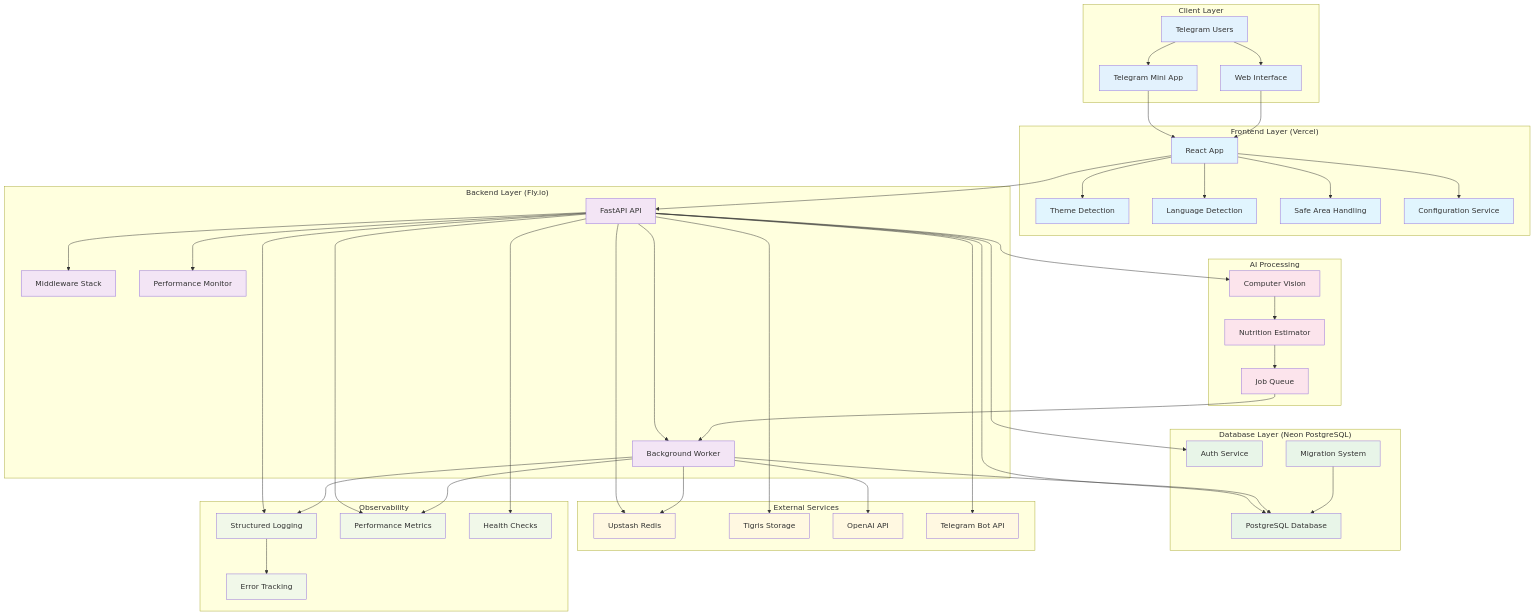
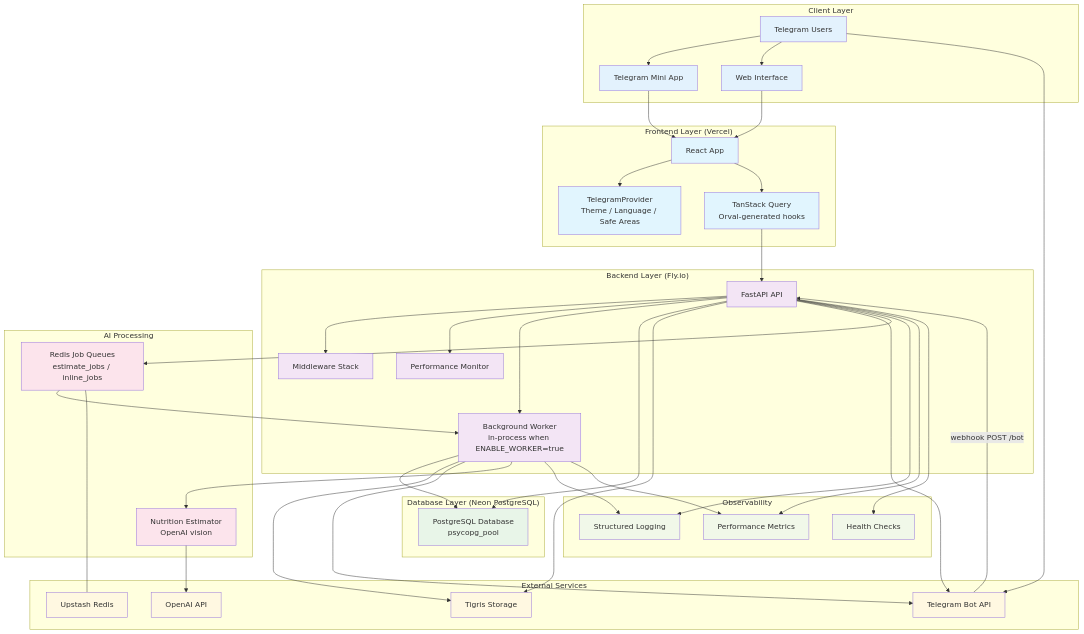
The first of 14 diagrams in docs/ARCHITECTURE.md (gofrolist/calorie-track-ai-bot-api), drawn with Mermaid before and after one commit. The commit also changed other lines of this file and 49 other files, not shown here.

First line of the commit message:
docs: align documentation with current code and architecture

````diff
--- a/docs/ARCHITECTURE.md
+++ b/docs/ARCHITECTURE.md
@@ -16,23 +16,19 @@
 
     subgraph "Frontend Layer (Vercel)"
         FE[React App]
-        THEME[Theme Detection]
-        LANG[Language Detection]
-        SAFE[Safe Area Handling]
-        CONFIG[Configuration Service]
+        TGPROV[TelegramProvider<br/>Theme / Language / Safe Areas]
+        QUERY[TanStack Query<br/>Orval-generated hooks]
     end
 
     subgraph "Backend Layer (Fly.io)"
         API[FastAPI API]
-        WORKER[Background Worker]
+        WORKER[Background Worker<br/>in-process when ENABLE_WORKER=true]
         MIDDLEWARE[Middleware Stack]
         MONITOR[Performance Monitor]
     end
 
     subgraph "Database Layer (Neon PostgreSQL)"
-        DB[PostgreSQL Database]
-        AUTH_DB[Auth Service]
-        MIGRATIONS[Migration System]
+        DB[PostgreSQL Database<br/>psycopg_pool]
     end
 
     subgraph "External Services"
@@ -43,32 +39,32 @@
     end
 
     subgraph "AI Processing"
-        CV[Computer Vision]
-        ESTIMATOR[Nutrition Estimator]
-        QUEUE[Job Queue]
+        QUEUE[Redis Job Queues<br/>estimate_jobs / inline_jobs]
+        ESTIMATOR[Nutrition Estimator<br/>OpenAI vision]
     end
 
     subgraph "Observability"
         LOGS[Structured Logging]
         METRICS[Performance Metrics]
         HEALTH[Health Checks]
-        ALERTS[Error Tracking]
     end
 
     %% User interactions
     U --> TG
     U --> WEB
+    U --> BOT_API
     TG --> FE
     WEB --> FE
 
     %% Frontend services
-    FE --> THEME
-    FE --> LANG
-    FE --> SAFE
-    FE --> CONFIG
+    FE --> TGPROV
+    FE --> QUERY
 
     %% Frontend to backend
-    FE --> API
+    QUERY --> API
+
+    %% Telegram webhook
+    BOT_API -->|webhook POST /bot| API
 
     %% Backend services
     API --> MIDDLEWARE
@@ -77,22 +73,20 @@
 
     %% Database connections
     API --> DB
-    API --> AUTH_DB
     WORKER --> DB
-    MIGRATIONS --> DB
 
     %% External service connections
-    API --> REDIS
     API --> S3
     API --> BOT_API
-    WORKER --> REDIS
-    WORKER --> OPENAI
+    WORKER --> S3
+    WORKER --> BOT_API
 
     %% AI processing
-    API --> CV
-    CV --> ESTIMATOR
-    ESTIMATOR --> QUEUE
+    API --> QUEUE
     QUEUE --> WORKER
+    WORKER --> ESTIMATOR
+    ESTIMATOR --> OPENAI
+    QUEUE --- REDIS
 
     %% Observability
     API --> LOGS
@@ -100,7 +94,6 @@
     API --> METRICS
     WORKER --> METRICS
     API --> HEALTH
-    LOGS --> ALERTS
 
     %% Styling
     classDef client fill:#e3f2fd
@@ -112,10 +105,10 @@
     classDef observability fill:#f1f8e9
 
     class U,TG,WEB client
-    class FE,THEME,LANG,SAFE,CONFIG frontend
+    class FE,TGPROV,QUERY frontend
     class API,WORKER,MIDDLEWARE,MONITOR backend
-    class DB,AUTH_DB,MIGRATIONS database
+    class DB database
     class REDIS,S3,OPENAI,BOT_API external
-    class CV,ESTIMATOR,QUEUE ai
-    class LOGS,METRICS,HEALTH,ALERTS observability
+    class ESTIMATOR,QUEUE ai
+    class LOGS,METRICS,HEALTH observability
 ```
````
